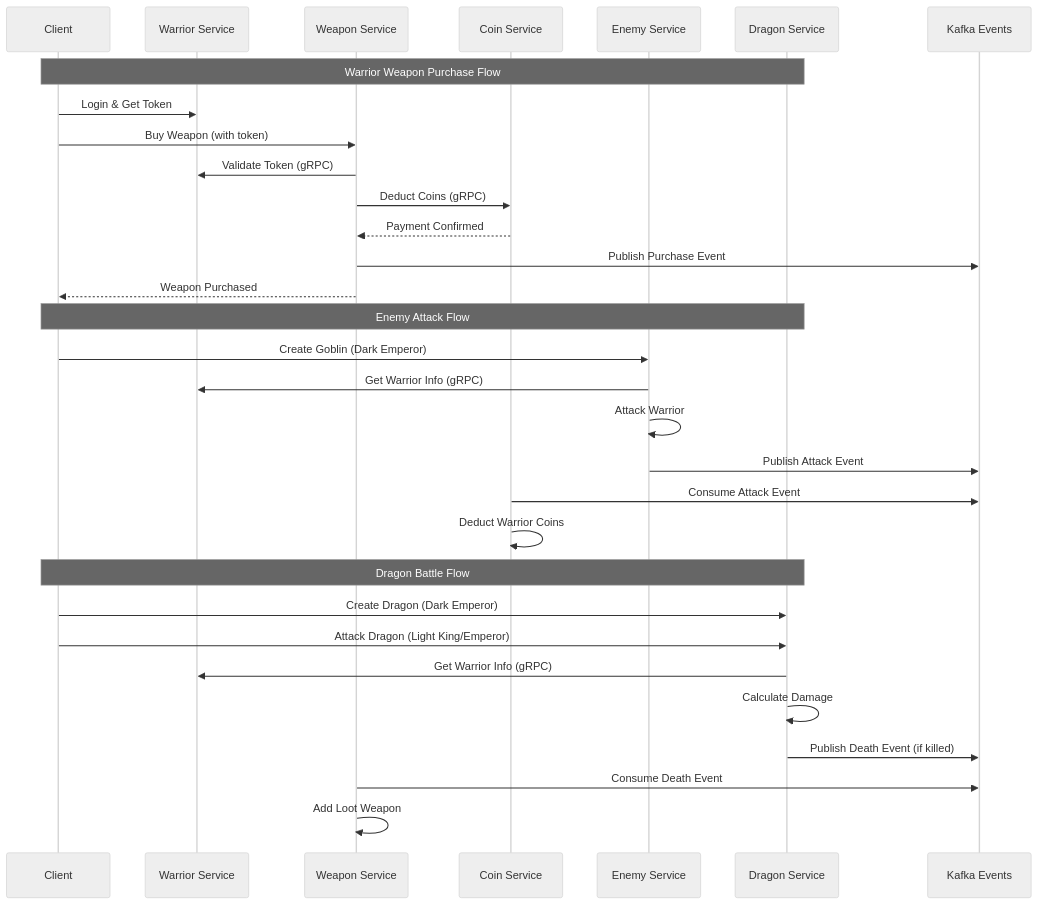
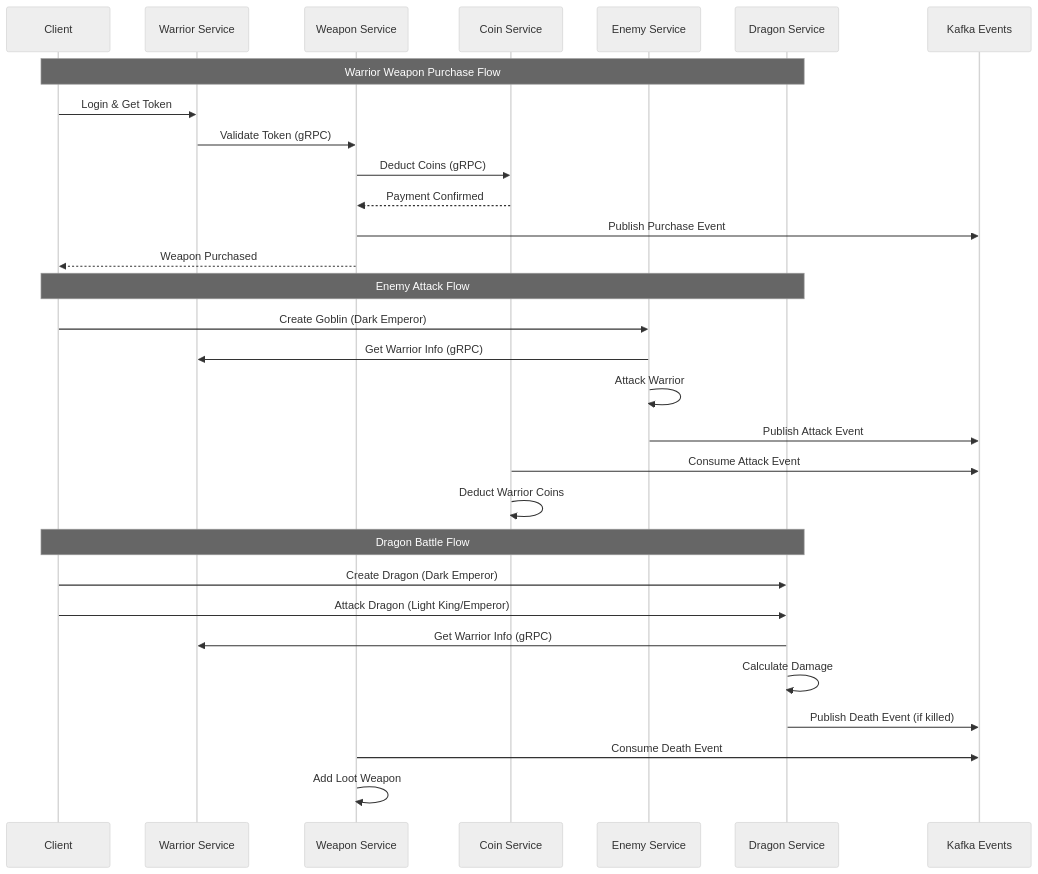
One commit to tiraten-bot/network-sec-micro changed the second of 8 diagrams in README.md. Above: the diagram before and after it, drawn with Mermaid (neutral theme). The commit also changed other lines of this file, not shown here.

Commit message:
Enhance README.md with updated service communication flow, database architecture, and API endpoint diagrams. Add styling for various components to improve visual clarity and consistency.

````diff
--- a/README.md
+++ b/README.md
@@ -65,36 +79,35 @@
 ```mermaid
 sequenceDiagram
     participant Client
     participant Warrior as Warrior Service
     participant Weapon as Weapon Service
     participant Coin as Coin Service
     participant Enemy as Enemy Service
     participant Dragon as Dragon Service
     participant Kafka as Kafka Events
     
     Note over Client,Dragon: Warrior Weapon Purchase Flow
     Client->>Warrior: Login & Get Token
-    Client->>Weapon: Buy Weapon (with token)
-    Weapon->>Warrior: Validate Token (gRPC)
+    Warrior->>Weapon: Validate Token (gRPC)
     Weapon->>Coin: Deduct Coins (gRPC)
     Coin-->>Weapon: Payment Confirmed
     Weapon->>Kafka: Publish Purchase Event
     Weapon-->>Client: Weapon Purchased
     
     Note over Client,Dragon: Enemy Attack Flow
     Client->>Enemy: Create Goblin (Dark Emperor)
     Enemy->>Warrior: Get Warrior Info (gRPC)
     Enemy->>Enemy: Attack Warrior
     Enemy->>Kafka: Publish Attack Event
     Coin->>Kafka: Consume Attack Event
     Coin->>Coin: Deduct Warrior Coins
     
     Note over Client,Dragon: Dragon Battle Flow
     Client->>Dragon: Create Dragon (Dark Emperor)
     Client->>Dragon: Attack Dragon (Light King/Emperor)
     Dragon->>Warrior: Get Warrior Info (gRPC)
     Dragon->>Dragon: Calculate Damage
     Dragon->>Kafka: Publish Death Event (if killed)
     Weapon->>Kafka: Consume Death Event
     Weapon->>Weapon: Add Loot Weapon
 ```
````
